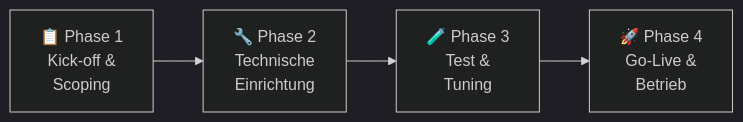
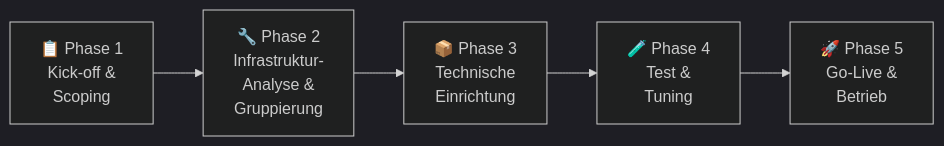
One commit to tagmbh/TA-BTO changed the first of 2 diagrams in docs/de/service/onboarding.md. Above: the diagram before and after it, drawn with Mermaid (dark theme). The commit also changed other lines of this file and 3 other files, not shown here.

First line of the commit message:
Expand Wazuh docs with Agent Groups, modules, and process flows

````diff
--- a/docs/de/service/onboarding.md
+++ b/docs/de/service/onboarding.md
@@ -11,6 +14,7 @@
 ```mermaid
 graph LR
-    P1[📋 Phase 1<br/>Kick-off &<br/>Scoping] --> P2[🔧 Phase 2<br/>Technische<br/>Einrichtung]
-    P2 --> P3[🧪 Phase 3<br/>Test &<br/>Tuning]
-    P3 --> P4[🚀 Phase 4<br/>Go-Live &<br/>Betrieb]
+    P1["📋 Phase 1<br/>Kick-off &<br/>Scoping"] --> P2["🔧 Phase 2<br/>Infrastruktur-<br/>Analyse &<br/>Gruppierung"]
+    P2 --> P3["📦 Phase 3<br/>Technische<br/>Einrichtung"]
+    P3 --> P4["🧪 Phase 4<br/>Test &<br/>Tuning"]
+    P4 --> P5["🚀 Phase 5<br/>Go-Live &<br/>Betrieb"]
 ```
````
